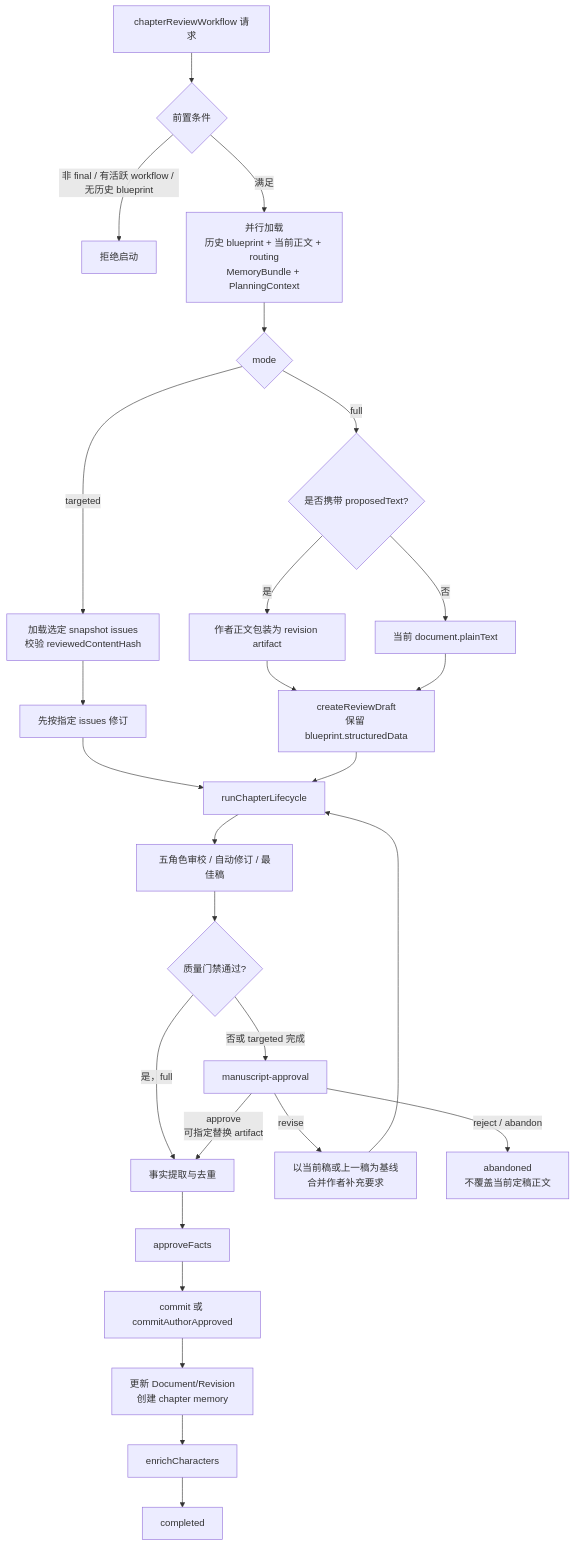
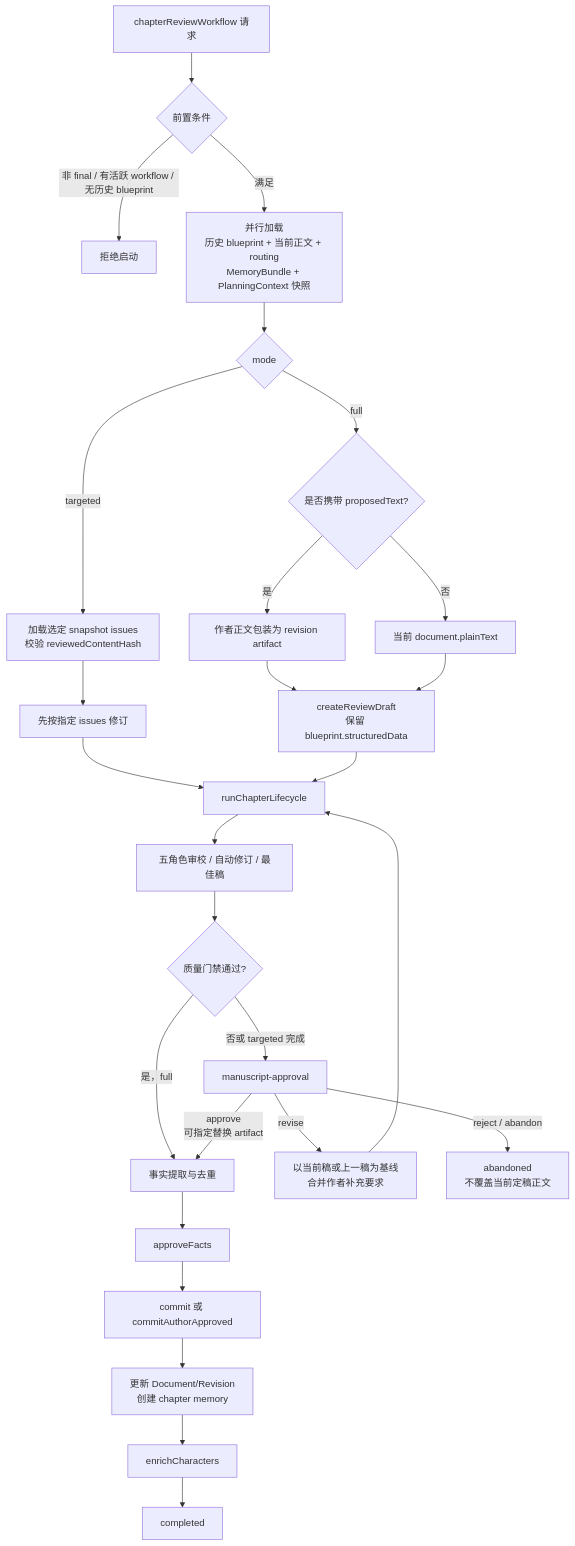
The seventh of 10 diagrams in web/docs/novel-v2/workflow-map.md (CodeyLife/Ymcp), drawn with Mermaid before and after one commit. The commit also changed other lines of this file and 51 other files, not shown here.

````diff
--- a/web/docs/novel-v2/workflow-map.md
+++ b/web/docs/novel-v2/workflow-map.md
@@ -302,29 +379,29 @@
 ```mermaid
 flowchart TD
   Request["chapterReviewWorkflow 请求"] --> Preflight{"前置条件"}
   Preflight -- "非 final / 有活跃 workflow / 无历史 blueprint" --> Reject["拒绝启动"]
-  Preflight -- "满足" --> Load["并行加载\n历史 blueprint + 当前正文 + routing\nMemoryBundle + PlanningContext"]
+  Preflight -- "满足" --> Load["并行加载\n历史 blueprint + 当前正文 + routing\nMemoryBundle + PlanningContext 快照"]
   Load --> Mode{"mode"}
   Mode -- "full" --> Source{"是否携带 proposedText?"}
   Source -- "是" --> Proposal["作者正文包装为 revision artifact"]
   Source -- "否" --> Current["当前 document.plainText"]
   Proposal --> ReviewDraft["createReviewDraft\n保留 blueprint.structuredData"]
   Current --> ReviewDraft
   Mode -- "targeted" --> Issues["加载选定 snapshot issues\n校验 reviewedContentHash"]
   Issues --> Directed["先按指定 issues 修订"]
   Directed --> Shared["runChapterLifecycle"]
   ReviewDraft --> Shared
   Shared --> Review["五角色审校 / 自动修订 / 最佳稿"]
   Review --> Gate{"质量门禁通过?"}
   Gate -- "是，full" --> Facts["事实提取与去重"]
   Gate -- "否或 targeted 完成" --> Human["manuscript-approval"]
   Human -- "revise" --> DirectedAgain["以当前稿或上一稿为基线\n合并作者补充要求"]
   DirectedAgain --> Shared
   Human -- "approve\n可指定替换 artifact" --> Facts
   Human -- "reject / abandon" --> Restore["abandoned\n不覆盖当前定稿正文"]
   Facts --> ApproveFacts["approveFacts"]
   ApproveFacts --> Commit["commit 或 commitAuthorApproved"]
   Commit --> Revision["更新 Document/Revision\n创建 chapter memory"]
   Revision --> Enrich["enrichCharacters"]
   Enrich --> Done["completed"]
 ```
````
